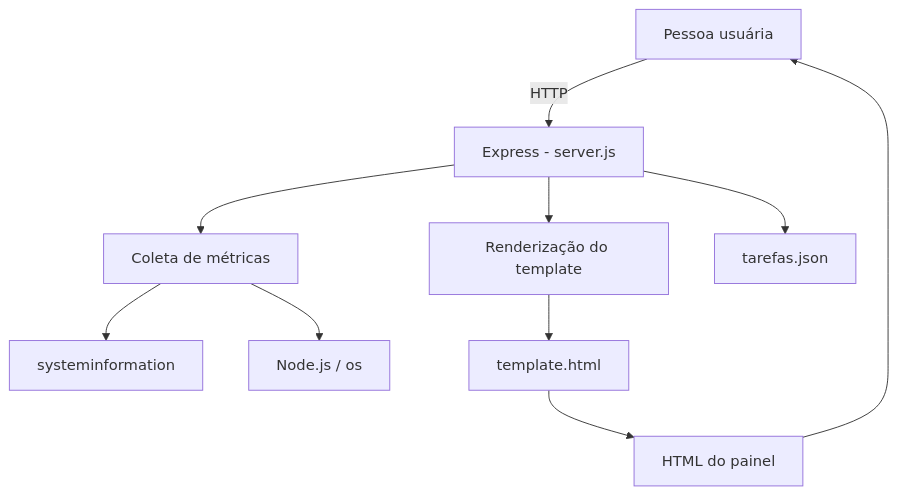
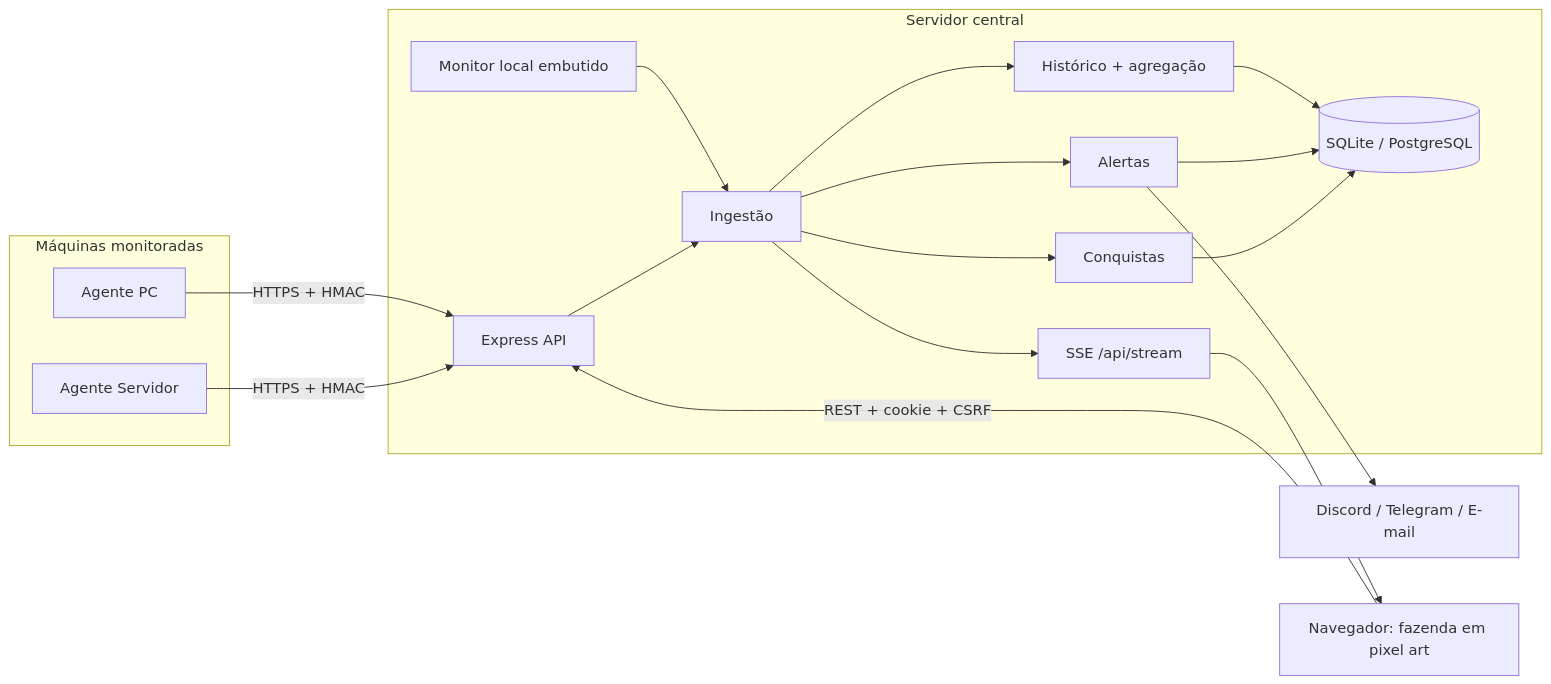
The first of 4 diagrams in docs/diagramas.md (Milkaarz/Stardew-Monitor), drawn with Mermaid before and after one commit. The commit also changed other lines of this file and 139 other files, not shown here.

````diff
--- a/docs/diagramas.md
+++ b/docs/diagramas.md
@@ -7,12 +5,30 @@
 ```mermaid
-flowchart TD
-    A[Pessoa usuária] -->|HTTP| B[Express - server.js]
-    B --> C[Coleta de métricas]
-    C --> D[systeminformation]
-    C --> E[Node.js / os]
-    B --> F[Renderização do template]
-    F --> G[template.html]
-    G --> H[HTML do painel]
-    H --> A
-    B --> I[tarefas.json]
+flowchart LR
+  subgraph Máquinas monitoradas
+    A1[Agente PC] 
+    A2[Agente Servidor]
+  end
+  subgraph Servidor central
+    L[Monitor local embutido]
+    API[Express API]
+    I[Ingestão]
+    AL[Alertas]
+    CQ[Conquistas]
+    H[Histórico + agregação]
+    SSE[SSE /api/stream]
+    DB[(SQLite / PostgreSQL)]
+  end
+  N[Discord / Telegram / E-mail]
+  B[Navegador: fazenda em pixel art]
+
+  A1 -- HTTPS + HMAC --> API
+  A2 -- HTTPS + HMAC --> API
+  L --> I
+  API --> I
+  I --> H --> DB
+  I --> AL --> N
+  AL --> DB
+  I --> CQ --> DB
+  I --> SSE --> B
+  B -- REST + cookie + CSRF --> API
 ```
````
